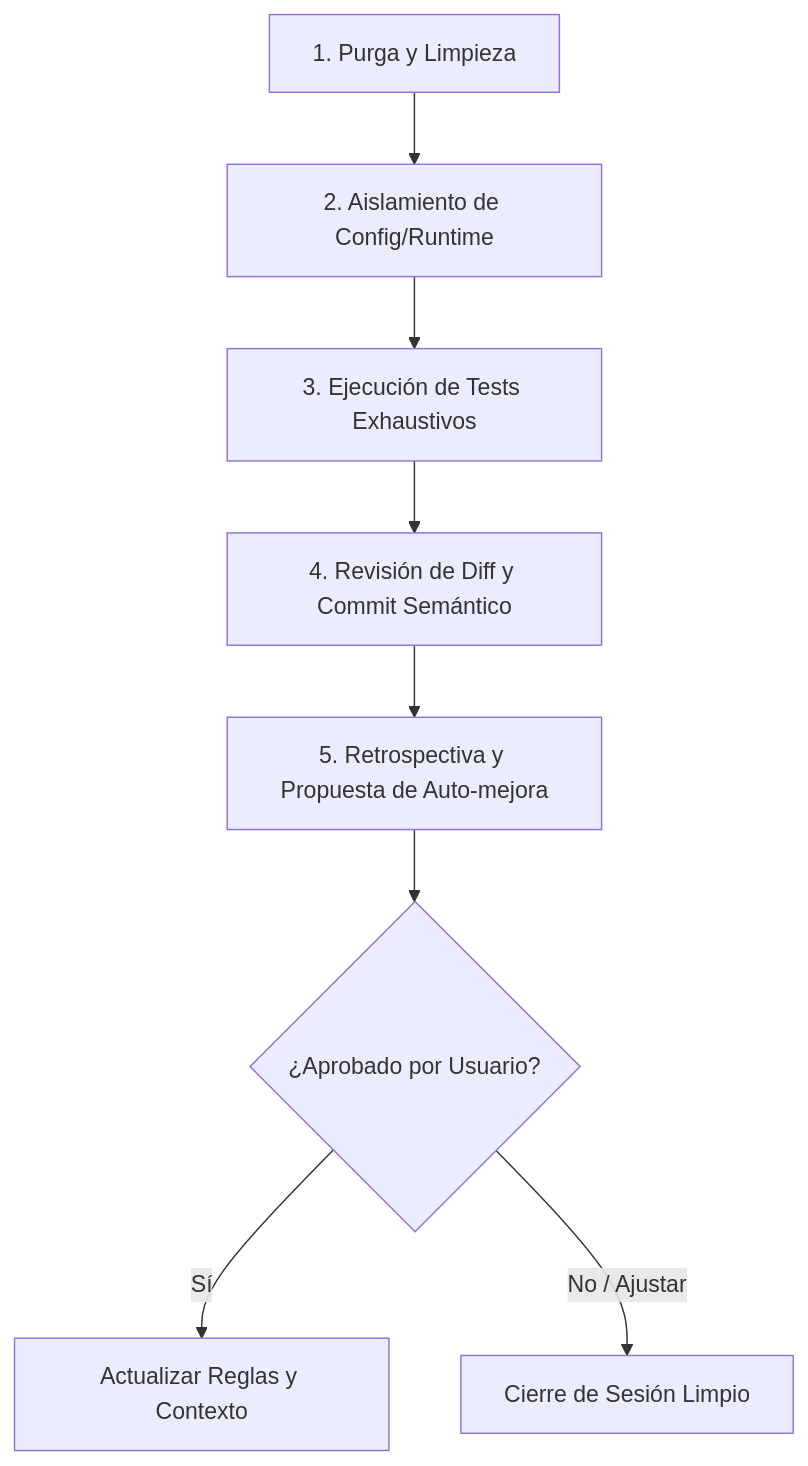
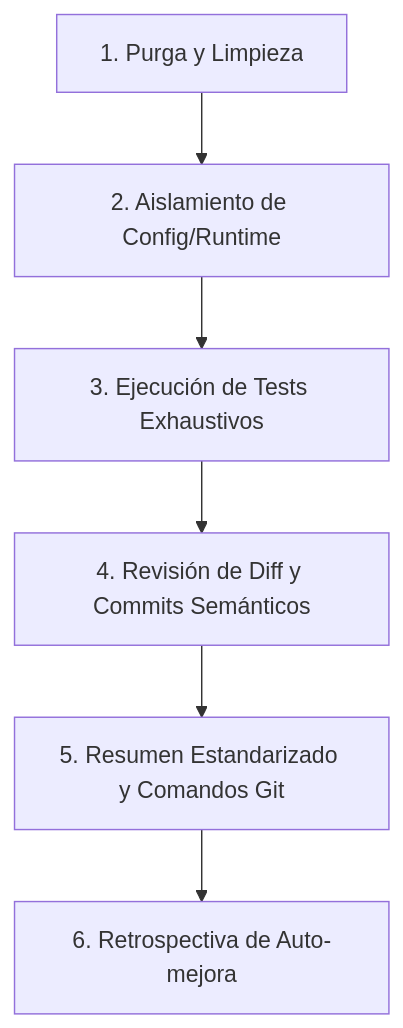
Before and after one commit to FrancoGL20/feather-md2html: the diagram in .agents/rules/closing_protocol.md, drawn with Mermaid. The commit also changed other lines of this file and 2 other files, not shown here.

Commit message:
docs(rules): document LaTeX math architecture and standardize ticket closing protocol

````diff
--- a/.agents/rules/closing_protocol.md
+++ b/.agents/rules/closing_protocol.md
@@ -27,10 +30,8 @@
 ```mermaid
 graph TD
     A[1. Purga y Limpieza] --> B[2. Aislamiento de Config/Runtime]
     B --> C[3. Ejecución de Tests Exhaustivos]
-    C --> D[4. Revisión de Diff y Commit Semántico]
-    D --> E[5. Retrospectiva y Propuesta de Auto-mejora]
-    E --> F{¿Aprobado por Usuario?}
-    F -- Sí --> G[Actualizar Reglas y Contexto]
-    F -- No / Ajustar --> H[Cierre de Sesión Limpio]
+    C --> D[4. Revisión de Diff y Commits Semánticos]
+    D --> E[5. Resumen Estandarizado y Comandos Git]
+    E --> F[6. Retrospectiva de Auto-mejora]
 ```
````
